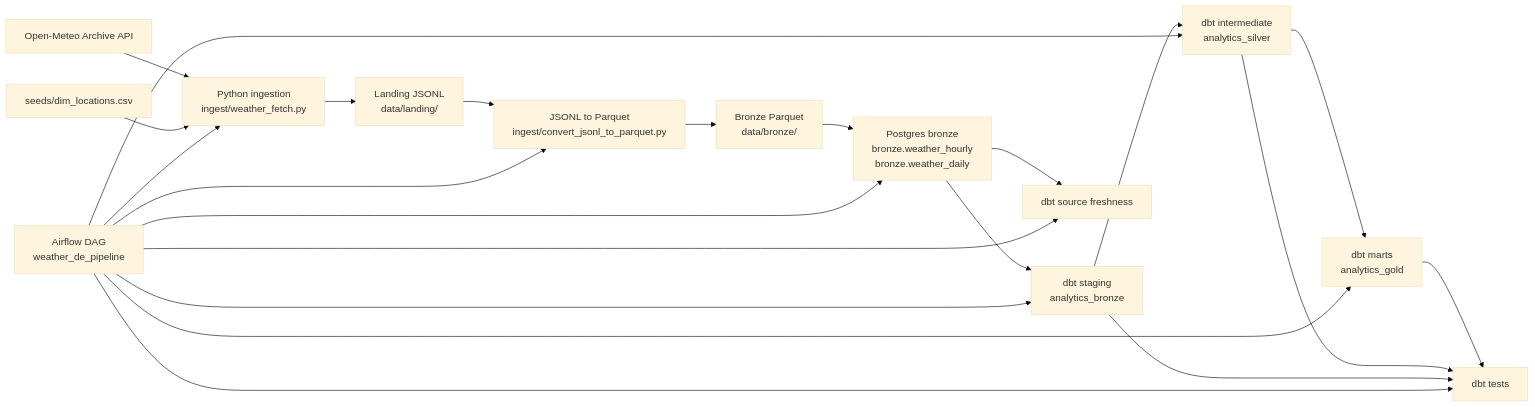
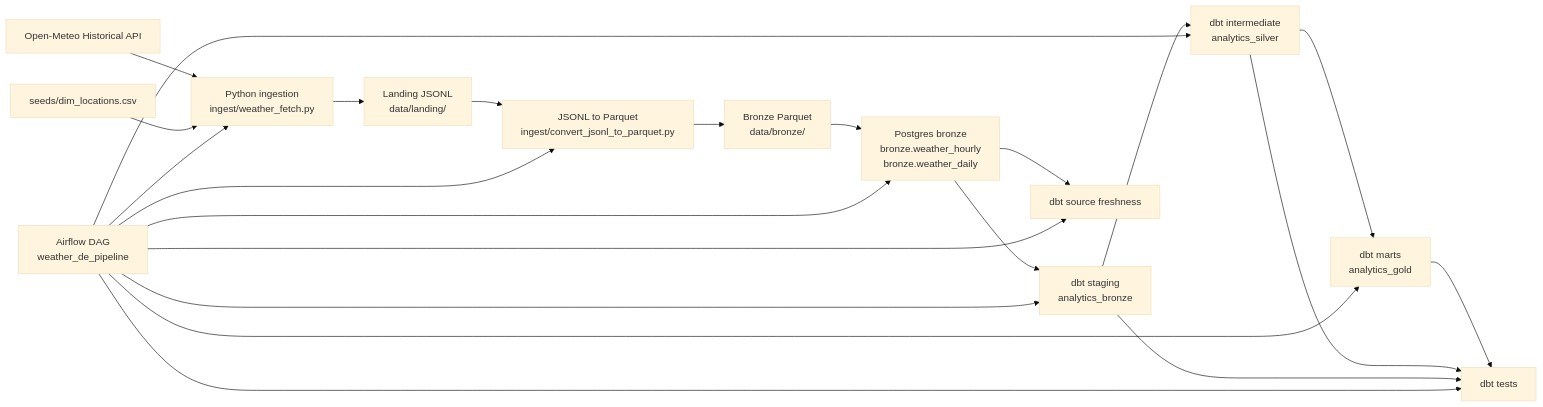
Before and after one commit to suansuan0915/weather-dbt-project: the diagram in readme.md, drawn with Mermaid (base theme). The commit also changed other lines of this file, not shown here.

````diff
--- a/readme.md
+++ b/readme.md
@@ -26,24 +26,24 @@
 ```mermaid
 flowchart LR
-    A["Open-Meteo Archive API"] --> B["Python ingestion<br/>ingest/weather_fetch.py"]
+    A["Open-Meteo Historical API"] --> B["Python ingestion<br/>ingest/weather_fetch.py"]
     C["seeds/dim_locations.csv"] --> B
     B --> D["Landing JSONL<br/>data/landing/"]
     D --> E["JSONL to Parquet<br/>ingest/convert_jsonl_to_parquet.py"]
     E --> F["Bronze Parquet<br/>data/bronze/"]
     F --> G["Postgres bronze<br/>bronze.weather_hourly<br/>bronze.weather_daily"]
     G --> H["dbt staging<br/>analytics_bronze"]
     H --> I["dbt intermediate<br/>analytics_silver"]
     I --> J["dbt marts<br/>analytics_gold"]
     G --> K["dbt source freshness"]
     J --> L["dbt tests"]
     I --> L
     H --> L
     M["Airflow DAG<br/>weather_de_pipeline"] --> B
     M --> E
     M --> G
     M --> H
     M --> I
     M --> J
     M --> K
     M --> L
 ```
````
